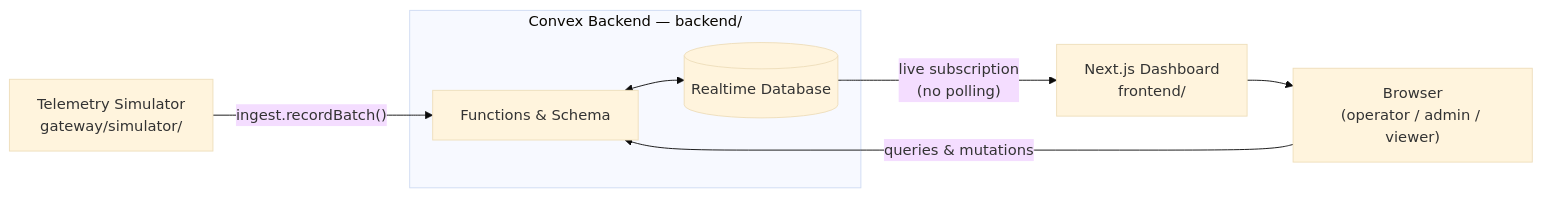
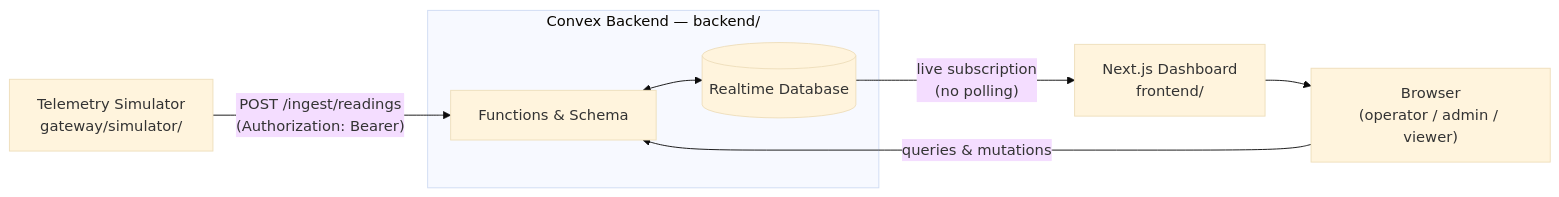
Before and after one commit to Labwerk/wavelink: the diagram in README.md, drawn with Mermaid (base theme). The commit also changed other lines of this file and 24 other files, not shown here.

````diff
--- a/README.md
+++ b/README.md
@@ -14,18 +14,18 @@
 ```mermaid
 flowchart LR
     SIM["Telemetry Simulator<br/>gateway/simulator/"]
 
     subgraph BE["Convex Backend — backend/"]
         FN["Functions & Schema"]
         DB[("Realtime Database")]
     end
 
     FE["Next.js Dashboard<br/>frontend/"]
     Browser["Browser<br/>(operator / admin / viewer)"]
 
-    SIM -- "ingest.recordBatch()" --> FN
+    SIM -- "POST /ingest/readings\n(Authorization: Bearer)" --> FN
     FN <--> DB
     DB -- "live subscription\n(no polling)" --> FE
     FE --> Browser
     Browser -- "queries & mutations" --> FN
 ```
````
